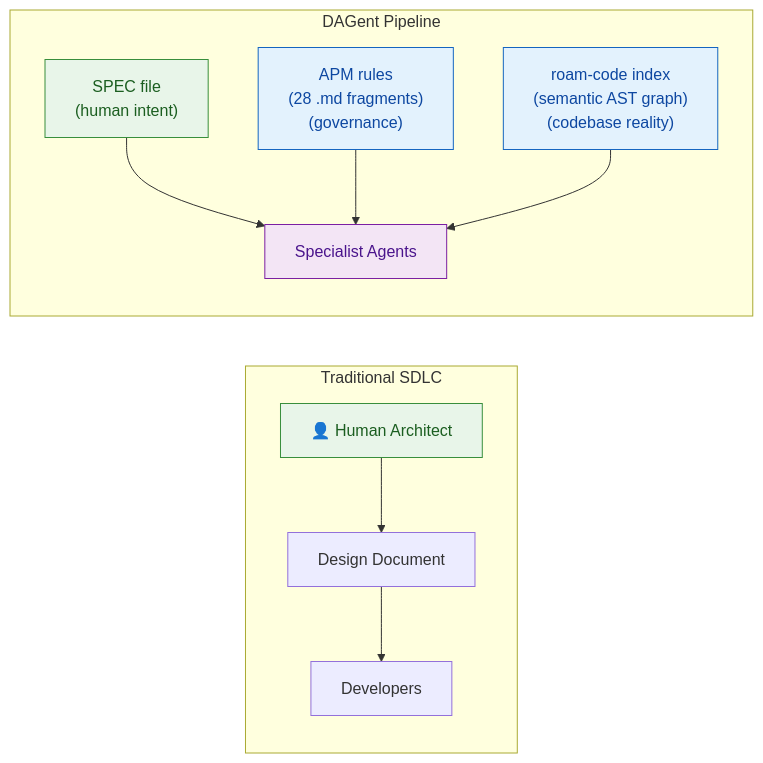
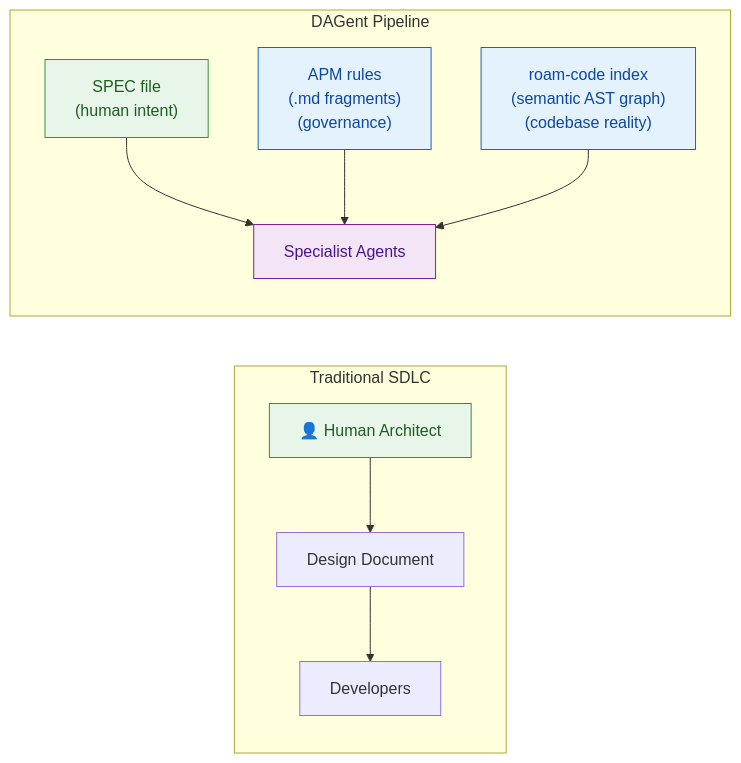
One commit to RomanKaliupinMelonusa/DAGent-t changed the second of 4 diagrams in tools/autonomous-factory/docs/07-mental-model.md. Above: the diagram before and after it, drawn with Mermaid. The commit also changed other lines of this file and 10 other files, not shown here.

````diff
--- a/tools/autonomous-factory/docs/07-mental-model.md
+++ b/tools/autonomous-factory/docs/07-mental-model.md
@@ -108,24 +108,24 @@
 ```mermaid
 flowchart LR
     subgraph TRADITIONAL["Traditional SDLC"]
         HA["👤 Human Architect"]:::green
         DESIGN["Design Document"]
         DEVS["Developers"]
         HA --> DESIGN --> DEVS
     end
 
     subgraph AGENTIC["DAGent Pipeline"]
         SPEC["SPEC file\n(human intent)"]:::green
-        APM["APM rules\n(28 .md fragments)\n(governance)"]:::blue
+        APM["APM rules\n(.md fragments)\n(governance)"]:::blue
         ROAM["roam-code index\n(semantic AST graph)\n(codebase reality)"]:::blue
 
         AGENTS["Specialist Agents"]:::purple
         SPEC --> AGENTS
         APM --> AGENTS
         ROAM --> AGENTS
     end
 
     classDef green fill:#e8f5e9,stroke:#388e3c,color:#1b5e20
     classDef blue fill:#e3f2fd,stroke:#1565c0,color:#0d47a1
     classDef purple fill:#f3e5f5,stroke:#7b1fa2,color:#4a148c
 ```
````
